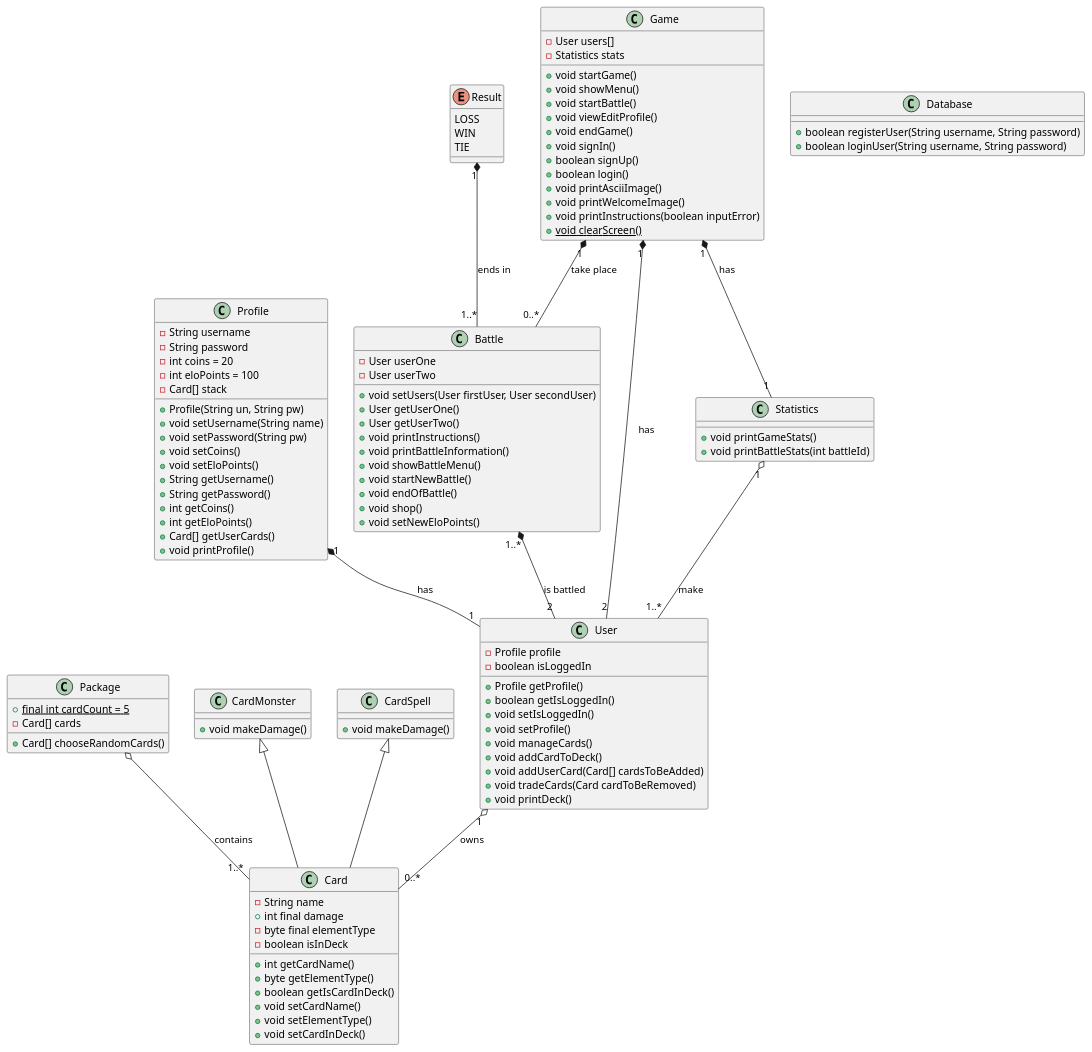
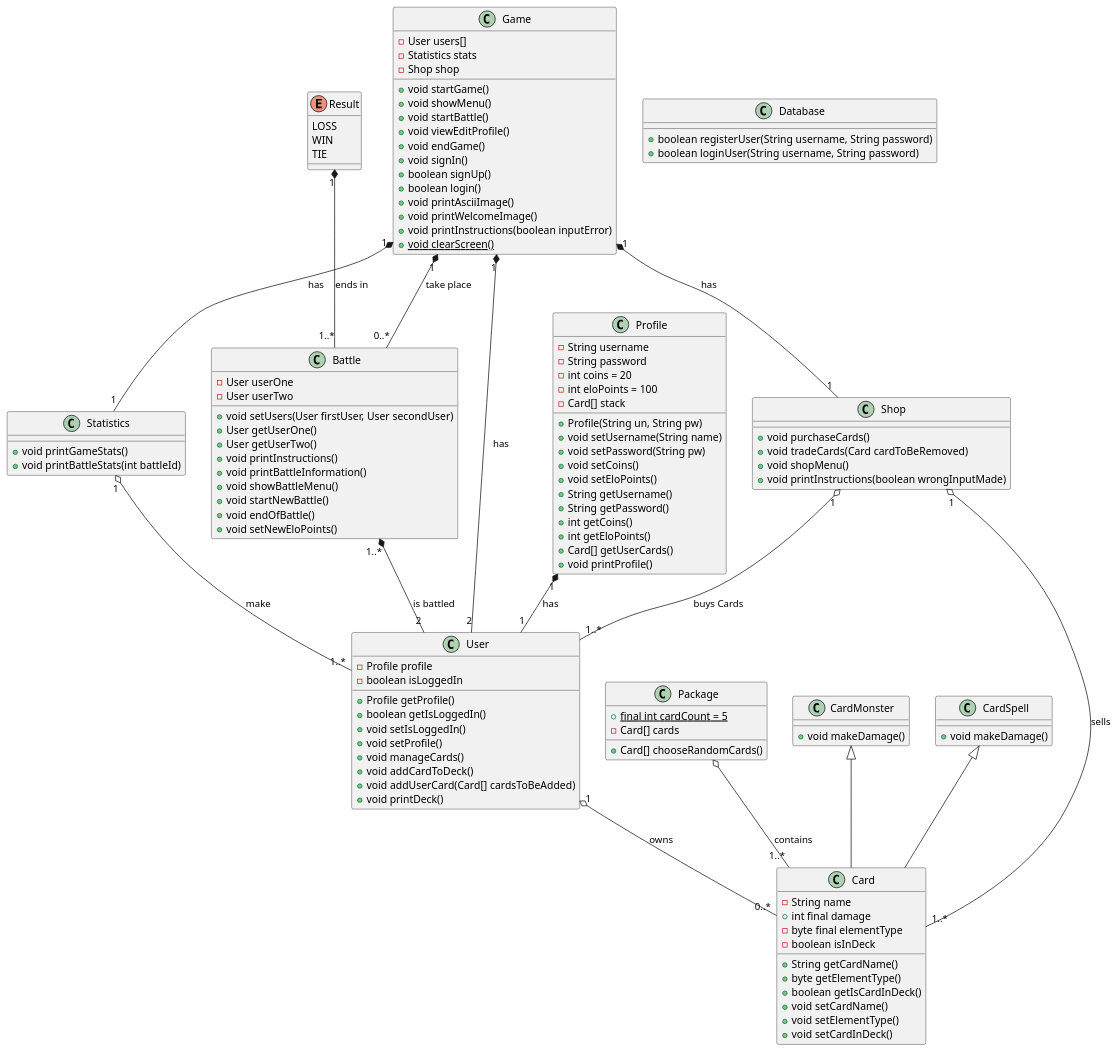
The diagram in src/main/java/projekt.puml (VladanPetkovic/SE_Semesterprojekt), drawn with PlantUML before and after one commit. The commit also changed 12 other files, not shown here.

Commit message:
added a class Shop, updated UML, starting to implement battle mechanics

```diff
--- a/src/main/java/projekt.puml
+++ b/src/main/java/projekt.puml
@@ -1,122 +1,131 @@
 @startuml
 class User
 {
     -Profile profile
     -boolean isLoggedIn
     +Profile getProfile()
     +boolean getIsLoggedIn()
     +void setIsLoggedIn()
     +void setProfile()
     +void manageCards()
     +void addCardToDeck()
     +void addUserCard(Card[] cardsToBeAdded)
-    +void tradeCards(Card cardToBeRemoved)
     +void printDeck()
 }
 class Profile
 {
     -String username
     -String password
     -int coins = 20
     -int eloPoints = 100
     -Card[] stack
     +Profile(String un, String pw)
     +void setUsername(String name)
     +void setPassword(String pw)
     +void setCoins()
     +void setEloPoints()
     +String getUsername()
     +String getPassword()
     +int getCoins()
     +int getEloPoints()
     +Card[] getUserCards()
     +void printProfile()
 }
 enum Result
 {
     LOSS
     WIN
     TIE
 }
 class Package
 {
     +{static} final int cardCount = 5
     -Card[] cards
     +Card[] chooseRandomCards()
 }
 class Card
 {
     -String name
     +int final damage
     -byte final elementType
     -boolean isInDeck
-    +int getCardName()
+    +String getCardName()
     +byte getElementType()
     +boolean getIsCardInDeck()
     +void setCardName()
     +void setElementType()
     +void setCardInDeck()
 }
 class CardMonster
 {
     +void makeDamage()
 }
 class CardSpell
 {
     +void makeDamage()
 }
 class Battle
 {
     -User userOne
     -User userTwo
     +void setUsers(User firstUser, User secondUser)
     +User getUserOne()
     +User getUserTwo()
     +void printInstructions()
     +void printBattleInformation()
     +void showBattleMenu()
     +void startNewBattle()
     +void endOfBattle()
-    +void shop()
     +void setNewEloPoints()
+}
+class Shop
+{
+    +void purchaseCards()
+    +void tradeCards(Card cardToBeRemoved)
+    +void shopMenu()
+    +void printInstructions(boolean wrongInputMade)
 }
 class Game
 {
     -User users[]
     -Statistics stats
+    -Shop shop
     +void startGame()
     +void showMenu()
     +void startBattle()
     +void viewEditProfile()
     +void endGame()
     +void signIn()
     +boolean signUp()
     +boolean login()
     +void printAsciiImage()
     +void printWelcomeImage()
     +void printInstructions(boolean inputError)
     +{static} void clearScreen()
 }
 class Statistics
 {
     +void printGameStats()
     +void printBattleStats(int battleId)
 }
 class Database
 {
     +boolean registerUser(String username, String password)
     +boolean loginUser(String username, String password)
 }
 
 CardMonster <|-- Card
 CardSpell <|-- Card
 User "1" o-- "0..*" Card : "owns"
 Game "1" *-- "0..*" Battle : "take place"
 Game "1" *-- "1" Statistics : "has"
 Game "1" *-- "2" User : "has"
 Package o-- "1..*" Card : "contains"
 Battle "1..*" *-- "2" User : "is battled"
 Result "1" *-- "1..*" Battle : "ends in"
 Statistics "1" o-- "1..*" User : "make"
 Profile "1" *-- "1" User : "has"
+Shop "1" o-- "1..*" User : "buys Cards"
+Shop "1" o-- "1..*" Card : "sells"
+Game "1" *-- "1" Shop : "has"
 @enduml
```
